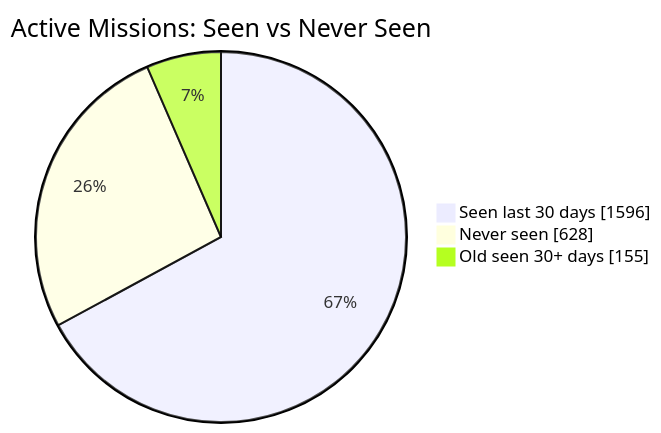
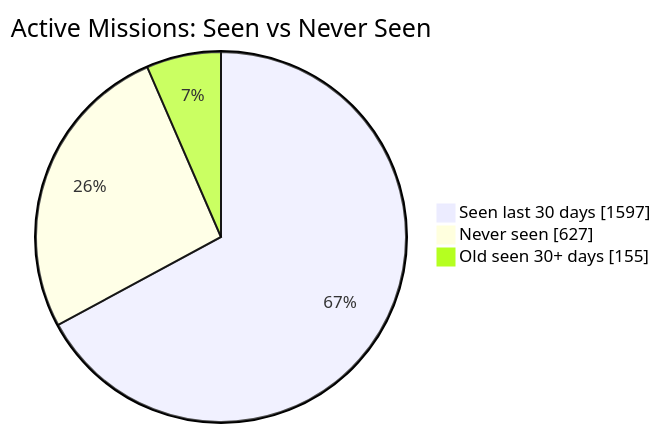
Before and after one commit to MeldkamerspelGameTeam/active-missions: the first of 2 diagrams in README.md, drawn with Mermaid. The commit also changed other lines of this file and 2 other files, not shown here.

````diff
--- a/README.md
+++ b/README.md
@@ -34,7 +34,7 @@
 ```mermaid
 pie showData
     title Active Missions: Seen vs Never Seen
-    "Seen last 30 days" : 1596
-    "Never seen" : 628
+    "Seen last 30 days" : 1597
+    "Never seen" : 627
     "Old seen 30+ days" : 155
 ```
````
